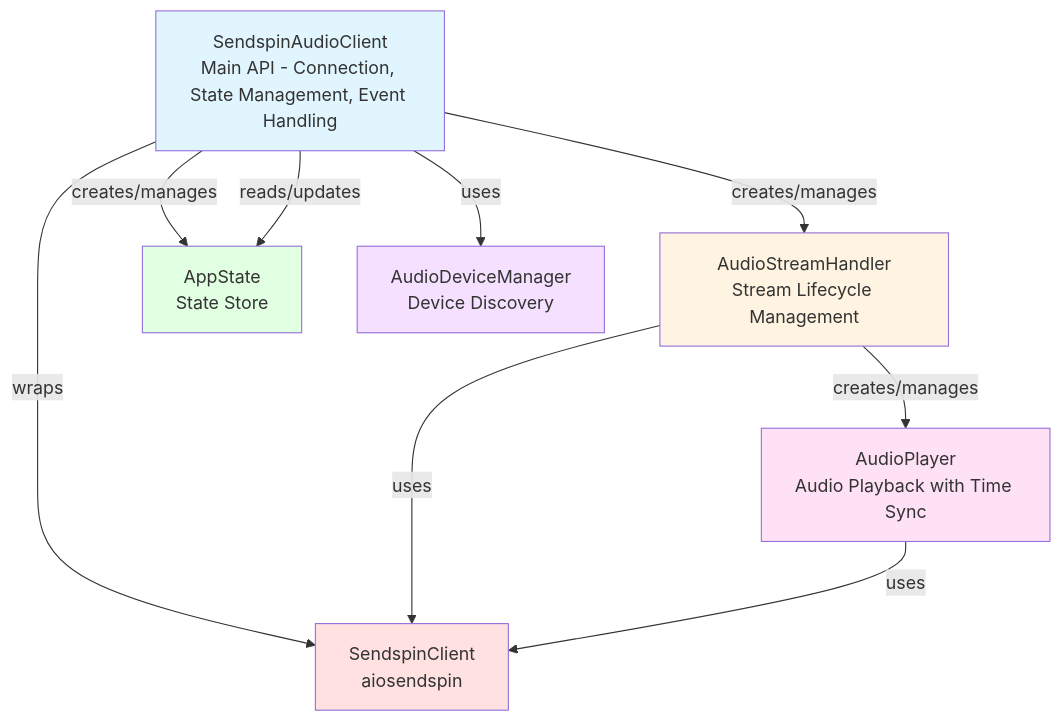
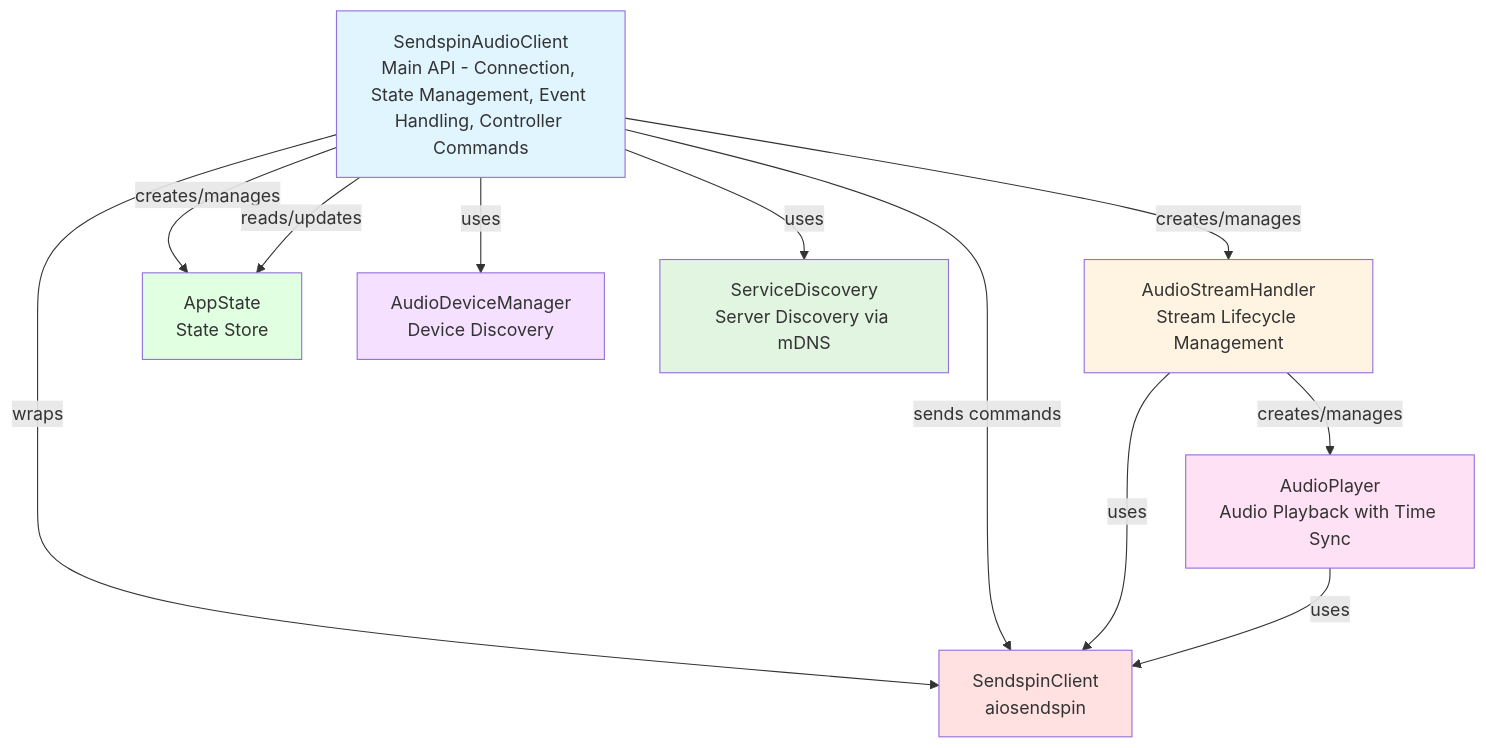
One commit to behesse/aiosendspin-sounddevice changed the diagram in README.md. Above: the diagram before and after it, drawn with Mermaid. The commit also changed other lines of this file and 8 other files, not shown here.

Commit message:
feat: Implement command functionality and server discovery

````diff
--- a/README.md
+++ b/README.md
@@ -52,25 +52,29 @@
 ```mermaid
 graph TB
-    SAC[SendspinAudioClient<br/>Main API - Connection, State Management, Event Handling]
+    SAC[SendspinAudioClient<br/>Main API - Connection, State Management, Event Handling, Controller Commands]
     ASH[AudioStreamHandler<br/>Stream Lifecycle Management]
     AP[AudioPlayer<br/>Audio Playback with Time Sync]
     AS[AppState<br/>State Store]
     ADM[AudioDeviceManager<br/>Device Discovery]
+    SD[ServiceDiscovery<br/>Server Discovery via mDNS]
     SC[SendspinClient<br/>aiosendspin]
     
     SAC -->|creates/manages| ASH
     SAC -->|creates/manages| AS
     SAC -->|uses| ADM
+    SAC -->|uses| SD
     SAC -->|wraps| SC
     ASH -->|creates/manages| AP
     SAC -->|reads/updates| AS
+    SAC -->|sends commands| SC
     ASH -->|uses| SC
     AP -->|uses| SC
     
     style SAC fill:#e1f5ff
     style ASH fill:#fff4e1
     style AP fill:#ffe1f5
     style AS fill:#e1ffe1
     style ADM fill:#f5e1ff
+    style SD fill:#e1f5e1
     style SC fill:#ffe1e1
 ```
````
